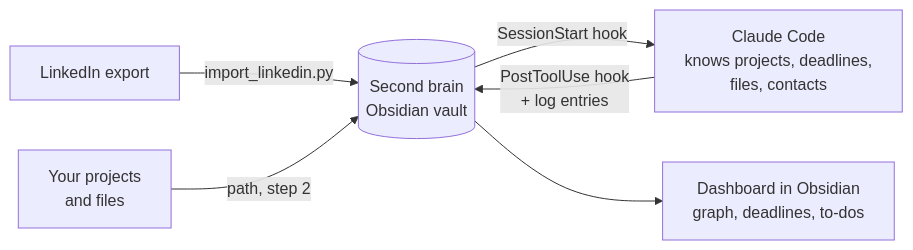
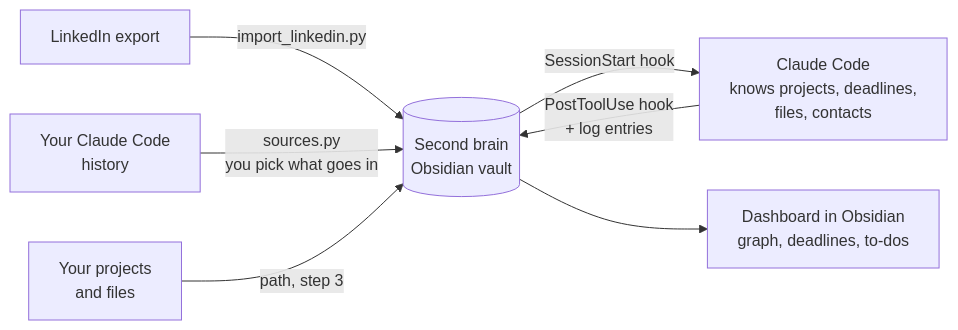
One commit to arthurengstler-ux/second-brain-path changed the diagram in README.md. Above: the diagram before and after it, drawn with Mermaid. The commit also changed other lines of this file and 7 other files, not shown here.

First line of the commit message:
Bring in Claude Code history with choices, exclusions, smoke test

````diff
--- a/README.md
+++ b/README.md
@@ -24,8 +24,9 @@
 ```mermaid
 flowchart LR
     A[LinkedIn export] -->|import_linkedin.py| V[(Second brain<br/>Obsidian vault)]
-    P[Your projects<br/>and files] -->|path, step 2| V
+    H[Your Claude Code<br/>history] -->|sources.py<br/>you pick what goes in| V
+    P[Your projects<br/>and files] -->|path, step 3| V
     V -->|SessionStart hook| C[Claude Code<br/>knows projects, deadlines,<br/>files, contacts]
     C -->|PostToolUse hook<br/>+ log entries| V
     V --> D[Dashboard in Obsidian<br/>graph, deadlines, to-dos]
 ```
````
